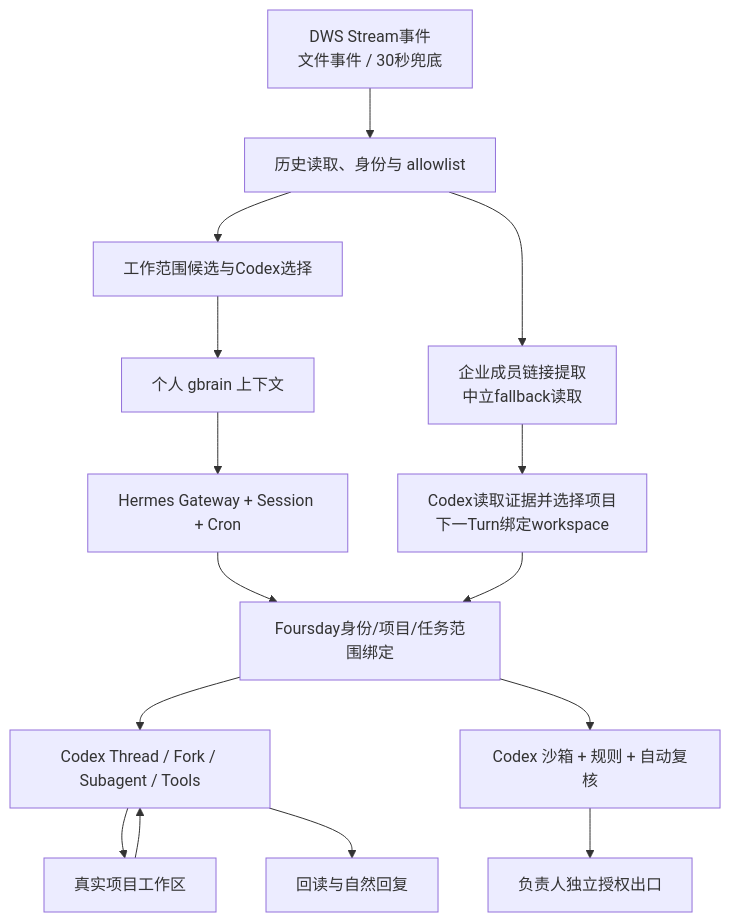
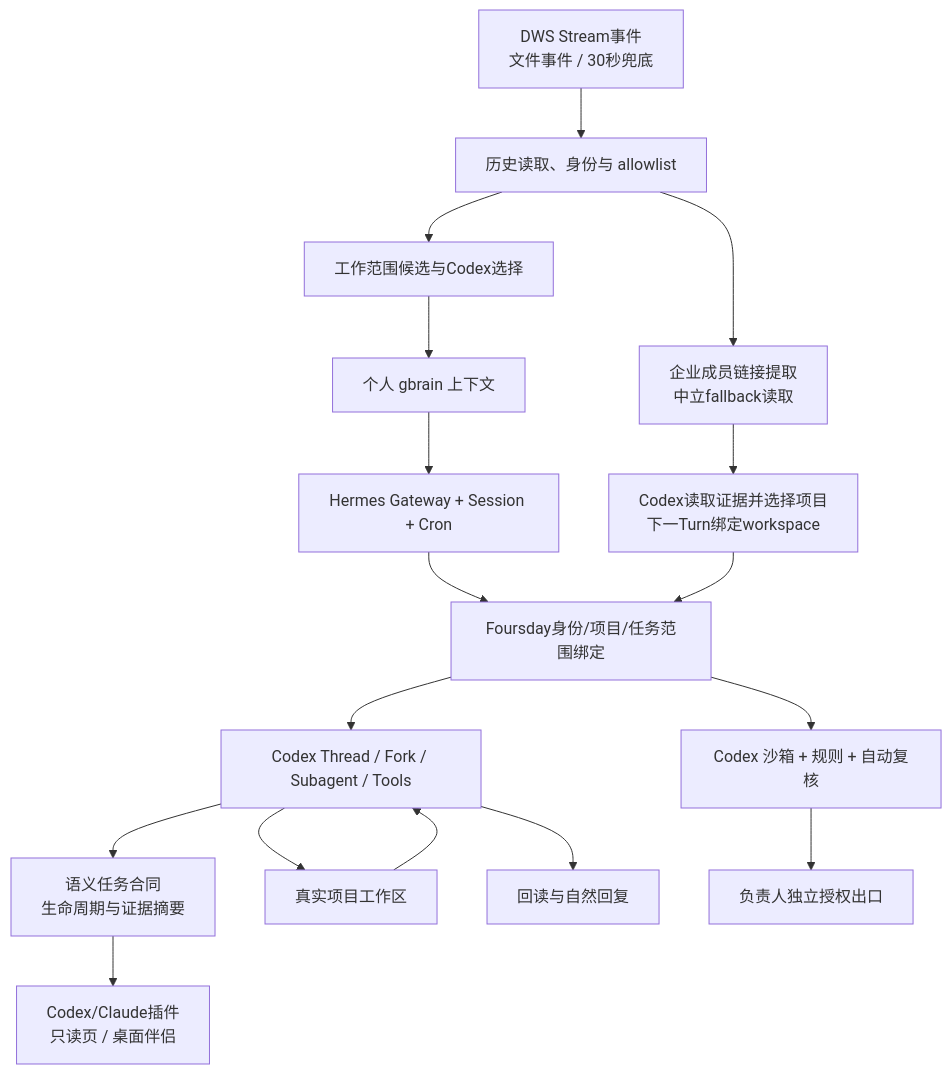
One commit to ruiwang20010702/foursday changed the diagram in docs/设计总览.md. Above: the diagram before and after it, drawn with Mermaid. The commit also changed other lines of this file and 25 other files, not shown here.

````diff
--- a/docs/设计总览.md
+++ b/docs/设计总览.md
@@ -15,17 +15,19 @@
 ```mermaid
 flowchart TD
     A["DWS Stream事件<br/>文件事件 / 30秒兜底"] --> B["历史读取、身份与 allowlist"]
     B --> C["工作范围候选与Codex选择"]
     B --> L["企业成员链接提取<br/>中立fallback读取"]
     C --> D["个人 gbrain 上下文"]
     D --> E["Hermes Gateway + Session + Cron"]
     E --> F["Foursday身份/项目/任务范围绑定"]
     L --> PSEL["Codex读取证据并选择项目<br/>下一Turn绑定workspace"]
     PSEL --> F
     F --> K["Codex Thread / Fork / Subagent / Tools"]
+    K --> TL["语义任务合同<br/>生命周期与证据摘要"]
     K --> G["真实项目工作区"]
     G --> K
     K --> H["回读与自然回复"]
     F --> I["Codex 沙箱 + 规则 + 自动复核"]
     I --> J["负责人独立授权出口"]
+    TL --> UI["Codex/Claude插件<br/>只读页 / 桌面伴侣"]
 ```
````
